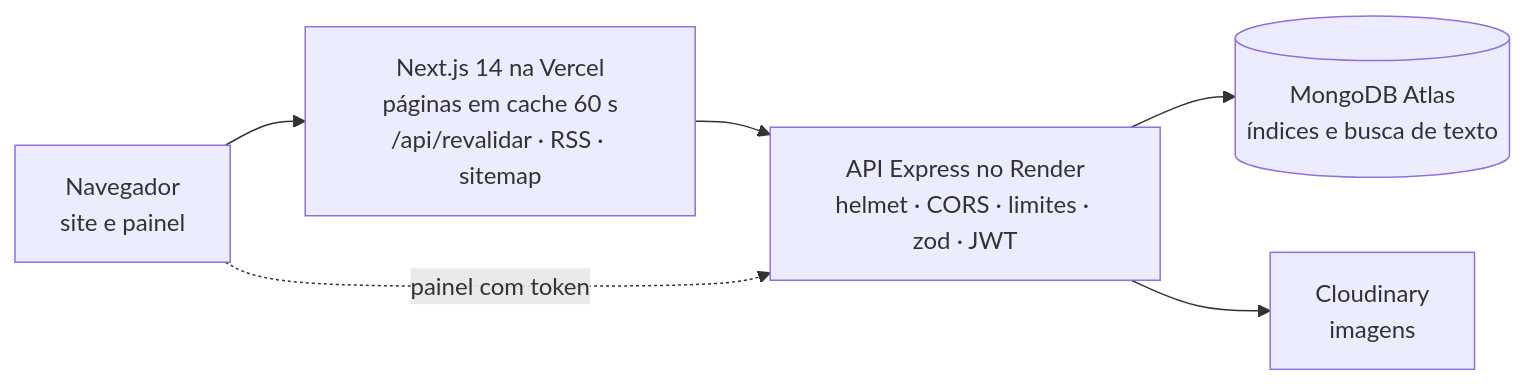
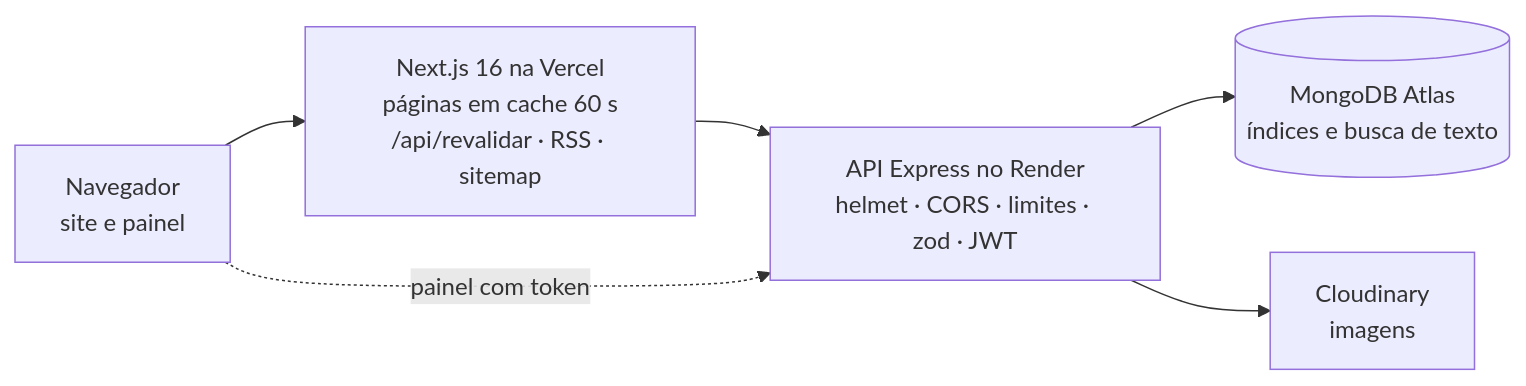
One commit to jeffersonluizm/cineclube-xhy changed the diagram in README.md. Above: the diagram before and after it, drawn with Mermaid. The commit also changed other lines of this file and 3 other files, not shown here.

````diff
--- a/README.md
+++ b/README.md
@@ -84,8 +84,8 @@
 ```mermaid
 flowchart LR
-  V[Navegador<br/>site e painel] --> N[Next.js 14 na Vercel<br/>páginas em cache 60 s<br/>/api/revalidar · RSS · sitemap]
+  V[Navegador<br/>site e painel] --> N[Next.js 16 na Vercel<br/>páginas em cache 60 s<br/>/api/revalidar · RSS · sitemap]
   N --> A[API Express no Render<br/>helmet · CORS · limites · zod · JWT]
   V -. painel com token .-> A
   A --> M[(MongoDB Atlas<br/>índices e busca de texto)]
   A --> C[Cloudinary<br/>imagens]
 ```
````
